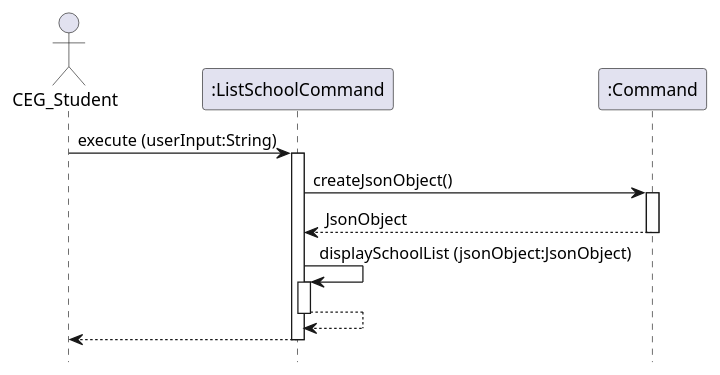
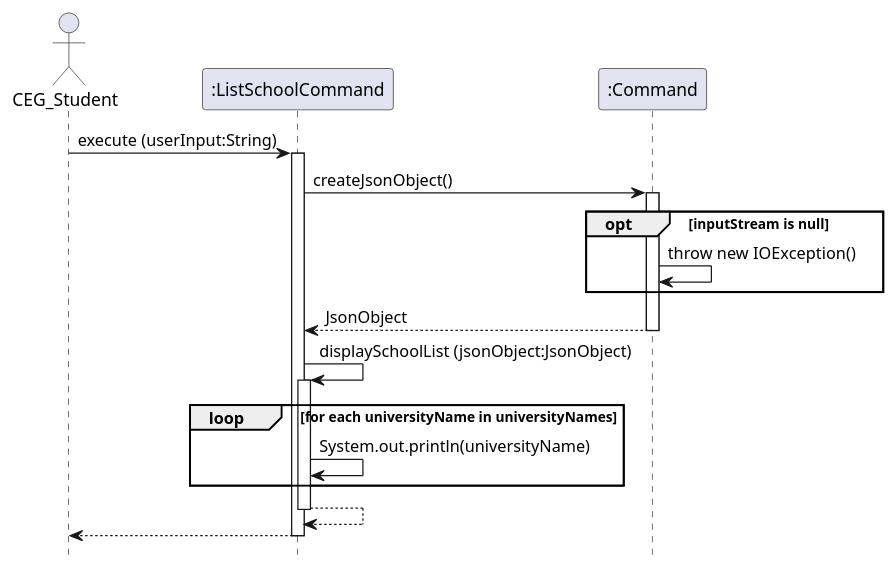
The diagram in uml-diagrams/ListSchoolsCommand.puml (nus-cs2113-AY2425S1/tp), drawn with PlantUML before and after one commit.

Commit message:
Include opt and loop into diagram

```diff
--- a/uml-diagrams/ListSchoolsCommand.puml
+++ b/uml-diagrams/ListSchoolsCommand.puml
@@ -1,26 +1,34 @@
 @startuml
 
 hide footbox
 
 actor CEG_Student
 participant ":ListSchoolCommand" as ListSchoolCommand
 participant ":Command" as Command
 
 CEG_Student -> ListSchoolCommand: execute (userInput:String)
 activate ListSchoolCommand
 
 ListSchoolCommand -> Command: createJsonObject()
 activate Command
 
+opt inputStream is null
+    Command -> Command: throw new IOException()
+end
+
 Command --> ListSchoolCommand: JsonObject
 deactivate Command
 
 ListSchoolCommand -> ListSchoolCommand: displaySchoolList (jsonObject:JsonObject)
 activate ListSchoolCommand
+
+loop for each universityName in universityNames
+    ListSchoolCommand -> ListSchoolCommand: System.out.println(universityName)
+end
 
 ListSchoolCommand --> ListSchoolCommand
 deactivate ListSchoolCommand
 
 ListSchoolCommand --> CEG_Student
 deactivate ListSchoolCommand
 @enduml
```
